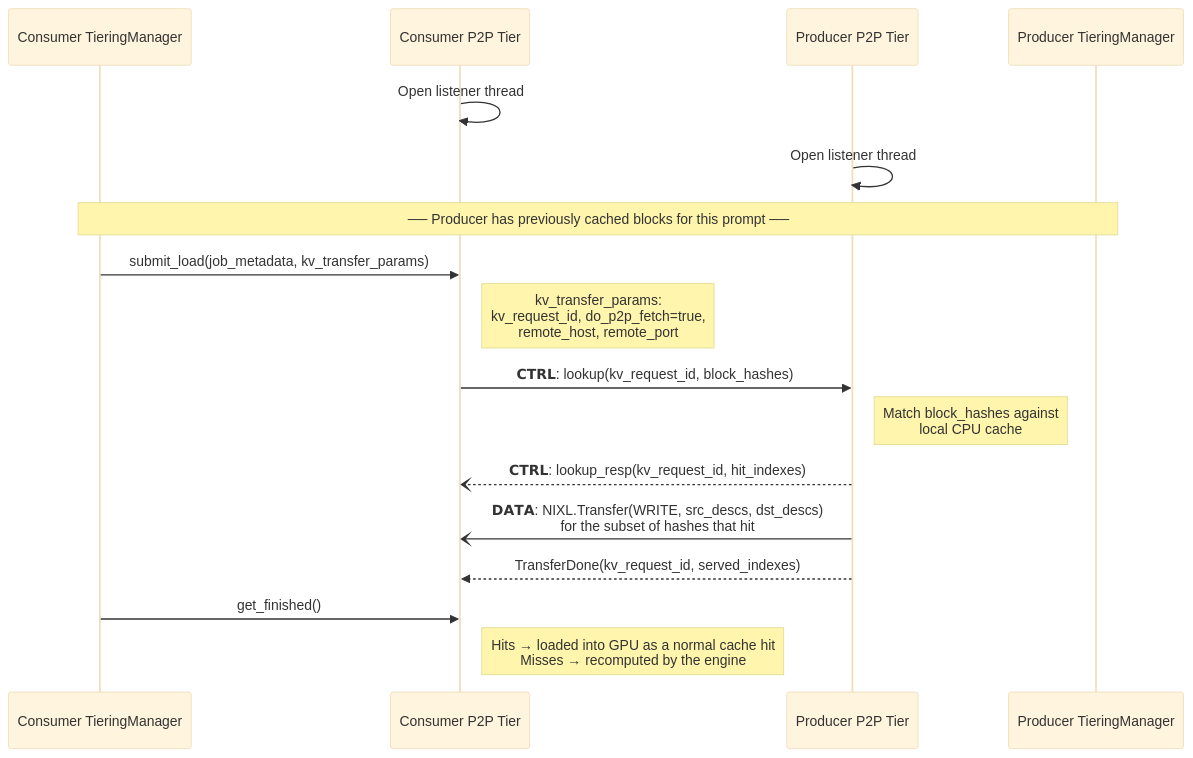
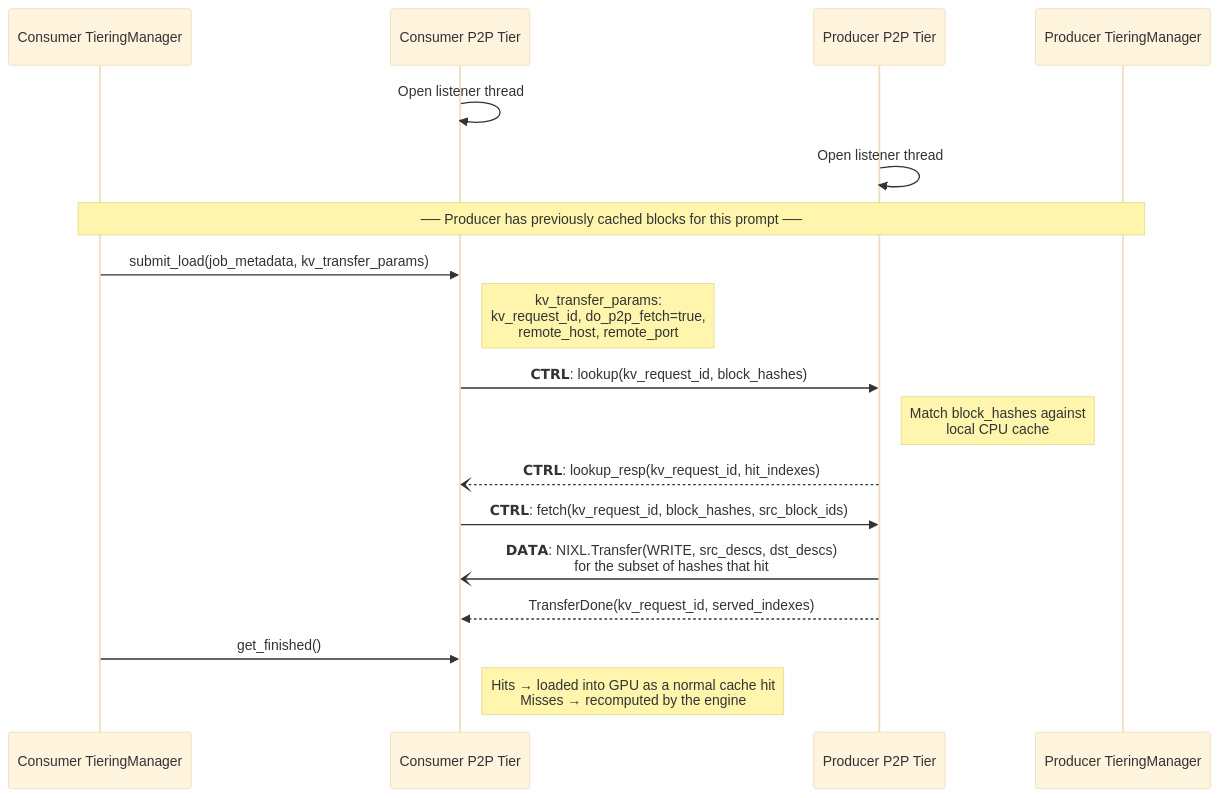
The second of 2 diagrams in pd-connector/tests/p2p-issue.md (liranschour/my-utils), drawn with Mermaid (base theme) before and after one commit. The commit also changed other lines of this file, not shown here.

````diff
--- a/pd-connector/tests/p2p-issue.md
+++ b/pd-connector/tests/p2p-issue.md
@@ -38,28 +38,30 @@
 ```mermaid
 
 sequenceDiagram
     participant Cons_TM as Consumer TieringManager
     participant Cons_P2P as Consumer P2P Tier
     participant Prod_P2P as Producer P2P Tier
     participant Prod_TM as Producer TieringManager
 
     Cons_P2P->>Cons_P2P: Open listener thread
     Prod_P2P->>Prod_P2P: Open listener thread
 
     Note over Cons_TM,Prod_TM: ── Producer has previously cached blocks for this prompt ──
 
     Cons_TM->>Cons_P2P: submit_load(job_metadata, kv_transfer_params)
     Note right of Cons_P2P: kv_transfer_params:<br/>kv_request_id, do_p2p_fetch=true,<br/>remote_host, remote_port
 
     Cons_P2P->>Prod_P2P: 𝗖𝗧𝗥𝗟: lookup(kv_request_id, block_hashes)
 
     Note right of Prod_P2P: Match block_hashes against<br/>local CPU cache
 
     Prod_P2P--)Cons_P2P: 𝗖𝗧𝗥𝗟: lookup_resp(kv_request_id, hit_indexes)
 
+    Cons_P2P->>Prod_P2P: 𝗖𝗧𝗥𝗟: fetch(kv_request_id, block_hashes, src_block_ids)
+
     Prod_P2P-)Cons_P2P: 𝗗𝗔𝗧𝗔: NIXL.Transfer(WRITE, src_descs, dst_descs) <br/> for the subset of hashes that hit
     Prod_P2P-->>Cons_P2P: TransferDone(kv_request_id, served_indexes)
 
     Cons_TM->>Cons_P2P: get_finished()
     Note right of Cons_P2P: Hits → loaded into GPU as a normal cache hit<br/>Misses → recomputed by the engine
 ```
````
